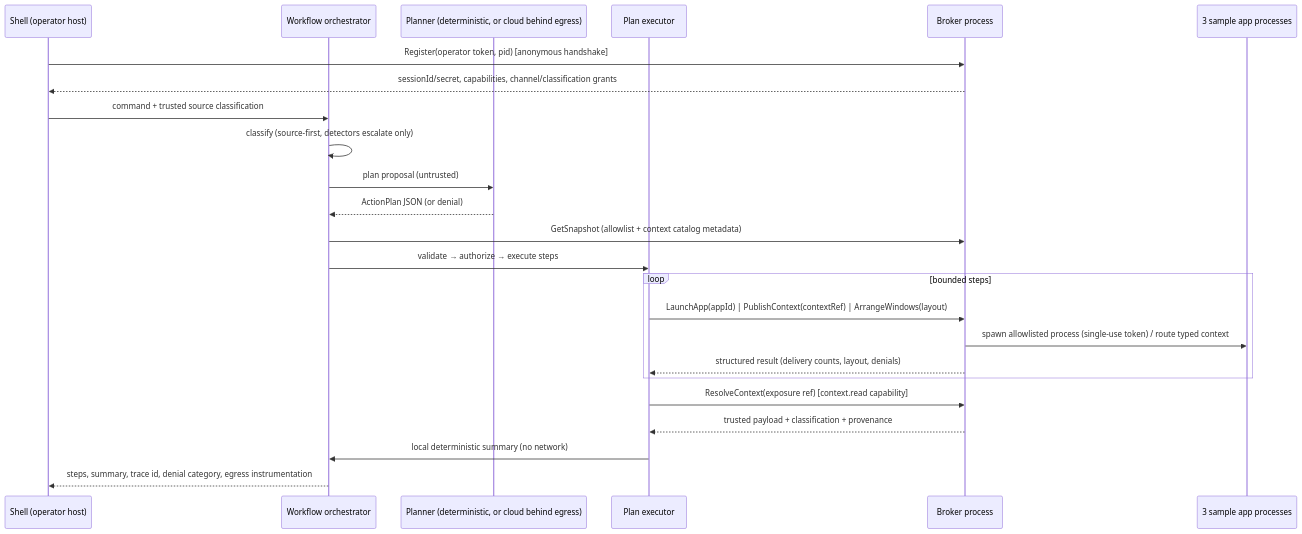
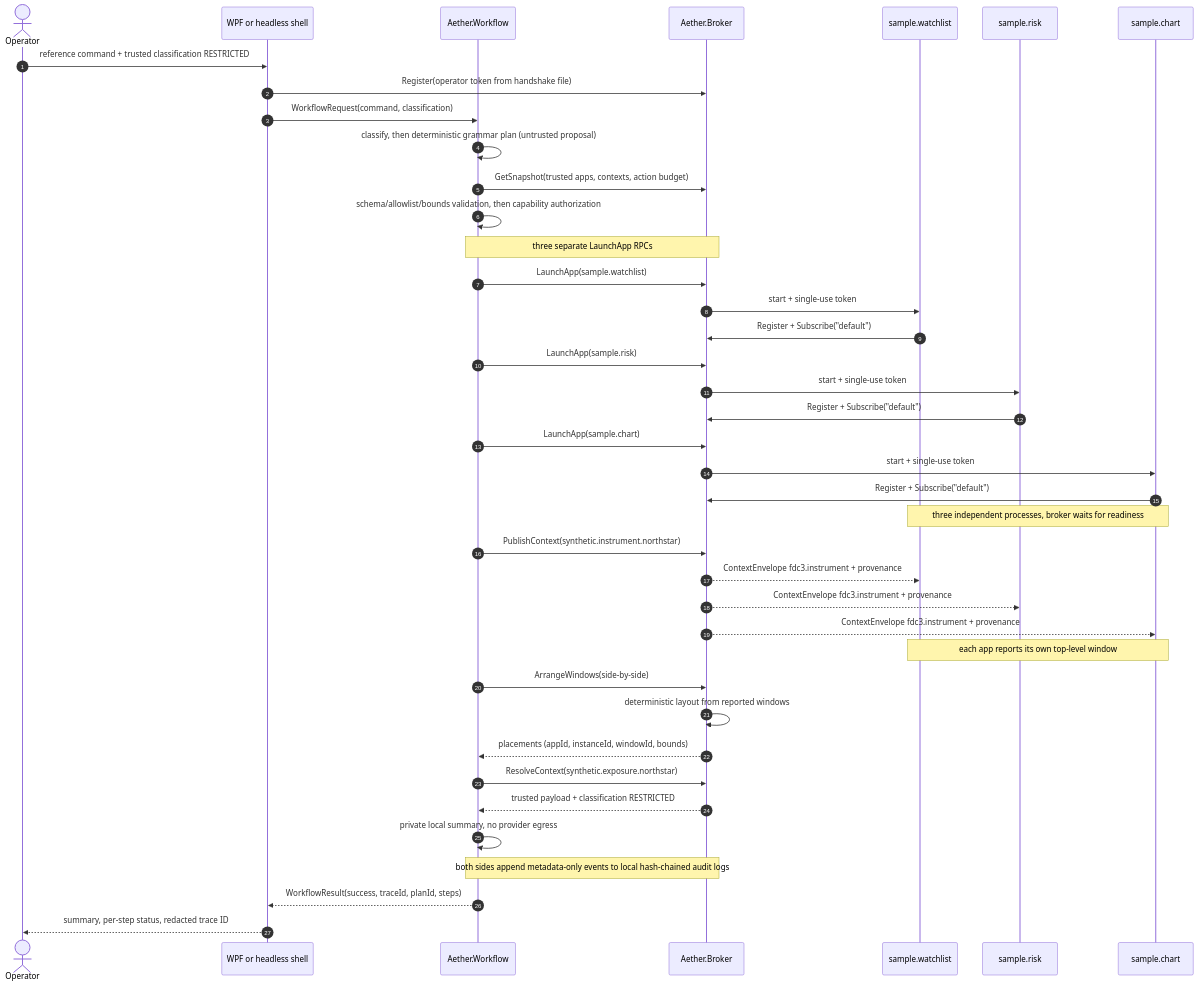
The second of 3 diagrams in docs/architecture/overview.md (SergeyGer/AetherWorkspace), drawn with Mermaid before and after one commit. The commit also changed other lines of this file and 10 other files, not shown here.

First line of the commit message:
docs: expand architecture, ADRs, threat model and FDC3 subset with detailed evidence

````diff
--- a/docs/architecture/overview.md
+++ b/docs/architecture/overview.md
@@ -39,27 +89,42 @@
 ```mermaid
 sequenceDiagram
-    participant Shell as Shell (operator host)
-    participant Orch as Workflow orchestrator
-    participant AI as Planner (deterministic, or cloud behind egress)
-    participant Exec as Plan executor
-    participant Broker as Broker process
-    participant Apps as 3 sample app processes
-
-    Shell->>Broker: Register(operator token, pid) [anonymous handshake]
-    Broker-->>Shell: sessionId/secret, capabilities, channel/classification grants
-    Shell->>Orch: command + trusted source classification
-    Orch->>Orch: classify (source-first, detectors escalate only)
-    Orch->>AI: plan proposal (untrusted)
-    AI-->>Orch: ActionPlan JSON (or denial)
-    Orch->>Broker: GetSnapshot (allowlist + context catalog metadata)
-    Orch->>Exec: validate → authorize → execute steps
-    loop bounded steps
-        Exec->>Broker: LaunchApp(appId) | PublishContext(contextRef) | ArrangeWindows(layout)
-        Broker->>Apps: spawn allowlisted process (single-use token) / route typed context
-        Broker-->>Exec: structured result (delivery counts, layout, denials)
-    end
-    Exec->>Broker: ResolveContext(exposure ref) [context.read capability]
-    Broker-->>Exec: trusted payload + classification + provenance
-    Exec->>Orch: local deterministic summary (no network)
-    Orch-->>Shell: steps, summary, trace id, denial category, egress instrumentation
+    autonumber
+    actor Operator
+    participant Shell as WPF or headless shell
+    participant WF as Aether.Workflow
+    participant Broker as Aether.Broker
+    participant W as sample.watchlist
+    participant R as sample.risk
+    participant C as sample.chart
+    Operator->>Shell: reference command + trusted classification RESTRICTED
+    Shell->>Broker: Register(operator token from handshake file)
+    Shell->>WF: WorkflowRequest(command, classification)
+    WF->>WF: classify, then deterministic grammar plan (untrusted proposal)
+    WF->>Broker: GetSnapshot(trusted apps, contexts, action budget)
+    WF->>WF: schema/allowlist/bounds validation, then capability authorization
+    Note over WF,Broker: three separate LaunchApp RPCs
+    WF->>Broker: LaunchApp(sample.watchlist)
+    Broker->>W: start + single-use token
+    W->>Broker: Register + Subscribe("default")
+    WF->>Broker: LaunchApp(sample.risk)
+    Broker->>R: start + single-use token
+    R->>Broker: Register + Subscribe("default")
+    WF->>Broker: LaunchApp(sample.chart)
+    Broker->>C: start + single-use token
+    C->>Broker: Register + Subscribe("default")
+    Note over W,C: three independent processes, broker waits for readiness
+    WF->>Broker: PublishContext(synthetic.instrument.northstar)
+    Broker-->>W: ContextEnvelope fdc3.instrument + provenance
+    Broker-->>R: ContextEnvelope fdc3.instrument + provenance
+    Broker-->>C: ContextEnvelope fdc3.instrument + provenance
+    Note over W,C: each app reports its own top-level window
+    WF->>Broker: ArrangeWindows(side-by-side)
+    Broker->>Broker: deterministic layout from reported windows
+    Broker-->>WF: placements (appId, instanceId, windowId, bounds)
+    WF->>Broker: ResolveContext(synthetic.exposure.northstar)
+    Broker-->>WF: trusted payload + classification RESTRICTED
+    WF->>WF: private local summary, no provider egress
+    Note over WF,Broker: both sides append metadata-only events to local hash-chained audit logs
+    WF-->>Shell: WorkflowResult(success, traceId, planId, steps)
+    Shell-->>Operator: summary, per-step status, redacted trace ID
 ```
````
